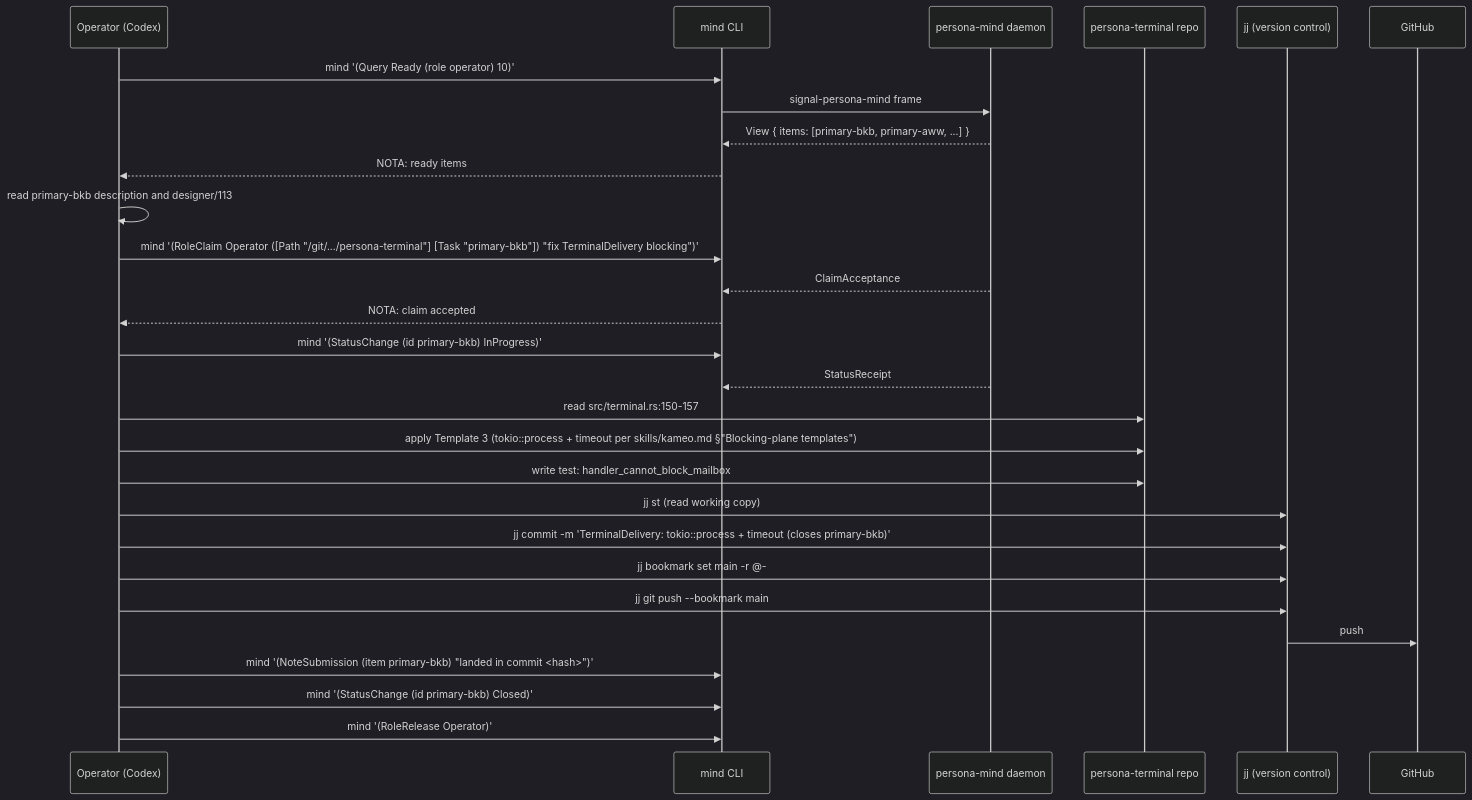
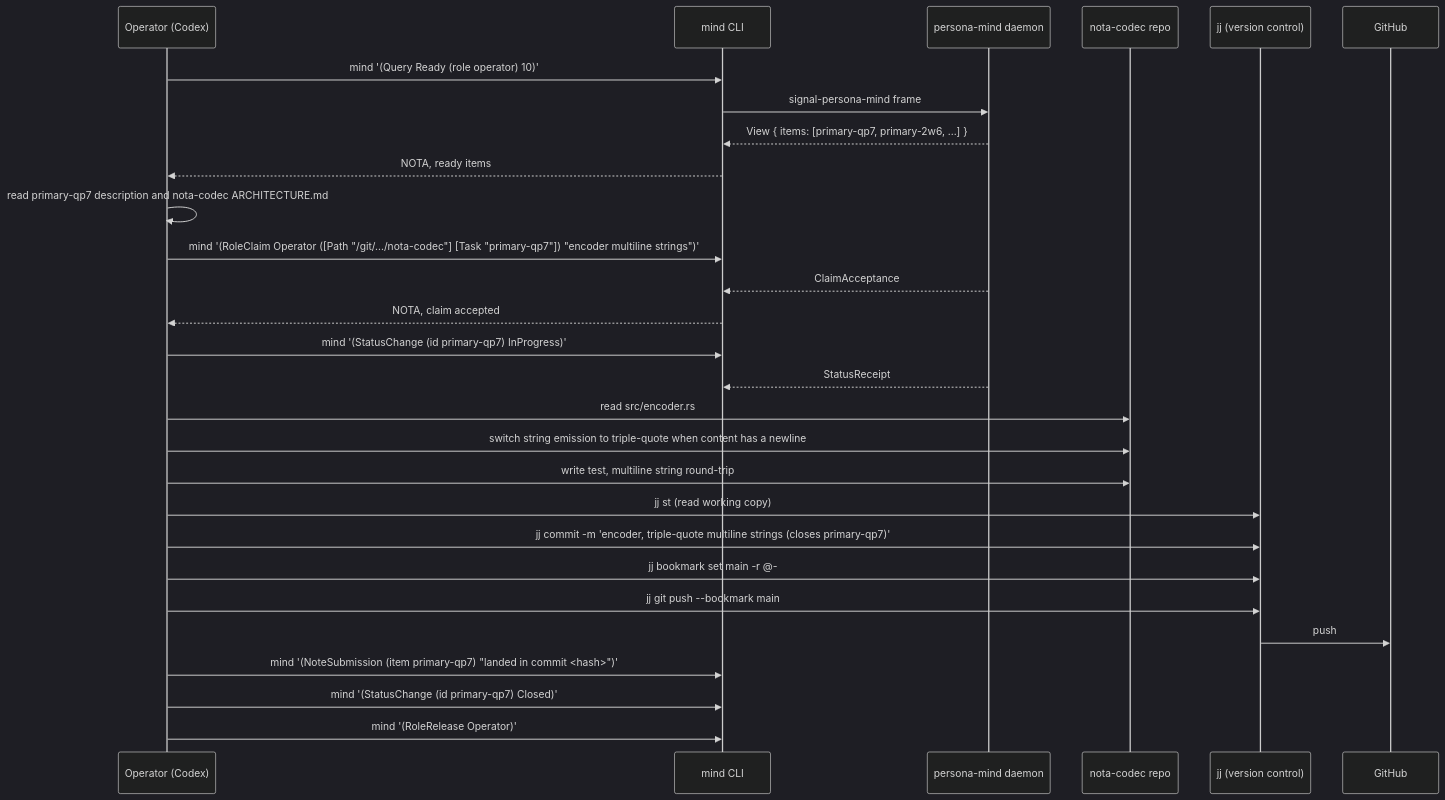
One commit to LiGoldragon/primary changed diagram 14 of 18 in reports/designer/114-persona-vision-as-of-2026-05-11.md. Above: the diagram before and after it, drawn with Mermaid (dark theme). The commit also changed other lines of this file, not shown here.

````diff
--- a/reports/designer/114-persona-vision-as-of-2026-05-11.md
+++ b/reports/designer/114-persona-vision-as-of-2026-05-11.md
@@ -885,37 +895,37 @@
 ```mermaid
 sequenceDiagram
     participant Op as Operator (Codex)
     participant MindCLI as mind CLI
     participant Mind as persona-mind daemon
-    participant Repo as persona-terminal repo
+    participant Repo as nota-codec repo
     participant JJ as jj (version control)
     participant GitHub
 
     Op->>MindCLI: mind '(Query Ready (role operator) 10)'
     MindCLI->>Mind: signal-persona-mind frame
-    Mind-->>MindCLI: View { items: [primary-bkb, primary-aww, ...] }
-    MindCLI-->>Op: NOTA: ready items
+    Mind-->>MindCLI: View { items: [primary-qp7, primary-2w6, ...] }
+    MindCLI-->>Op: NOTA, ready items
 
-    Op->>Op: read primary-bkb description and designer/113
+    Op->>Op: read primary-qp7 description and nota-codec ARCHITECTURE.md
 
-    Op->>MindCLI: mind '(RoleClaim Operator ([Path "/git/.../persona-terminal"] [Task "primary-bkb"]) "fix TerminalDelivery blocking")'
+    Op->>MindCLI: mind '(RoleClaim Operator ([Path "/git/.../nota-codec"] [Task "primary-qp7"]) "encoder multiline strings")'
     Mind-->>MindCLI: ClaimAcceptance
-    MindCLI-->>Op: NOTA: claim accepted
+    MindCLI-->>Op: NOTA, claim accepted
 
-    Op->>MindCLI: mind '(StatusChange (id primary-bkb) InProgress)'
+    Op->>MindCLI: mind '(StatusChange (id primary-qp7) InProgress)'
     Mind-->>MindCLI: StatusReceipt
 
-    Op->>Repo: read src/terminal.rs:150-157
-    Op->>Repo: apply Template 3 (tokio::process + timeout per skills/kameo.md §"Blocking-plane templates")
-    Op->>Repo: write test: handler_cannot_block_mailbox
+    Op->>Repo: read src/encoder.rs
+    Op->>Repo: switch string emission to triple-quote when content has a newline
+    Op->>Repo: write test, multiline string round-trip
 
     Op->>JJ: jj st (read working copy)
-    Op->>JJ: jj commit -m 'TerminalDelivery: tokio::process + timeout (closes primary-bkb)'
+    Op->>JJ: jj commit -m 'encoder, triple-quote multiline strings (closes primary-qp7)'
     Op->>JJ: jj bookmark set main -r @-
     Op->>JJ: jj git push --bookmark main
     JJ->>GitHub: push
 
-    Op->>MindCLI: mind '(NoteSubmission (item primary-bkb) "landed in commit <hash>")'
-    Op->>MindCLI: mind '(StatusChange (id primary-bkb) Closed)'
+    Op->>MindCLI: mind '(NoteSubmission (item primary-qp7) "landed in commit <hash>")'
+    Op->>MindCLI: mind '(StatusChange (id primary-qp7) Closed)'
     Op->>MindCLI: mind '(RoleRelease Operator)'
 ```
````
